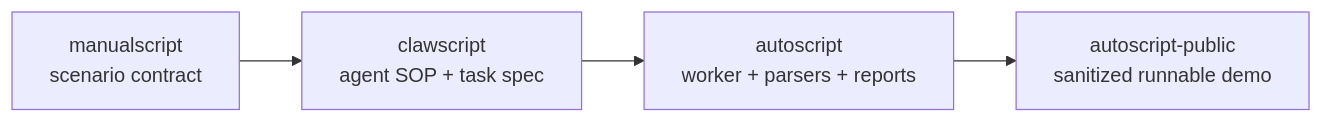
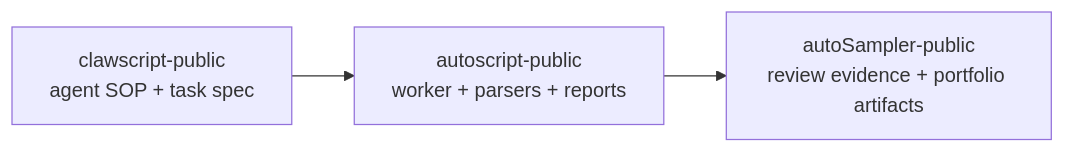
The second of 2 diagrams in README.md (Nightaw/autoscript-public), drawn with Mermaid before and after one commit. The commit also changed other lines of this file and 7 other files, not shown here.

Commit message:
Update agent collaboration to include clawscript public

````diff
--- a/README.md
+++ b/README.md
@@ -103,6 +103,5 @@
 ```mermaid
 flowchart LR
-    M["manualscript\nscenario contract"] --> C["clawscript\nagent SOP + task spec"]
-    C --> A["autoscript\nworker + parsers + reports"]
-    A --> P["autoscript-public\nsanitized runnable demo"]
+    C["clawscript-public\nagent SOP + task spec"] --> A["autoscript-public\nworker + parsers + reports"]
+    A --> S["autoSampler-public\nreview evidence + portfolio artifacts"]
 ```
````
